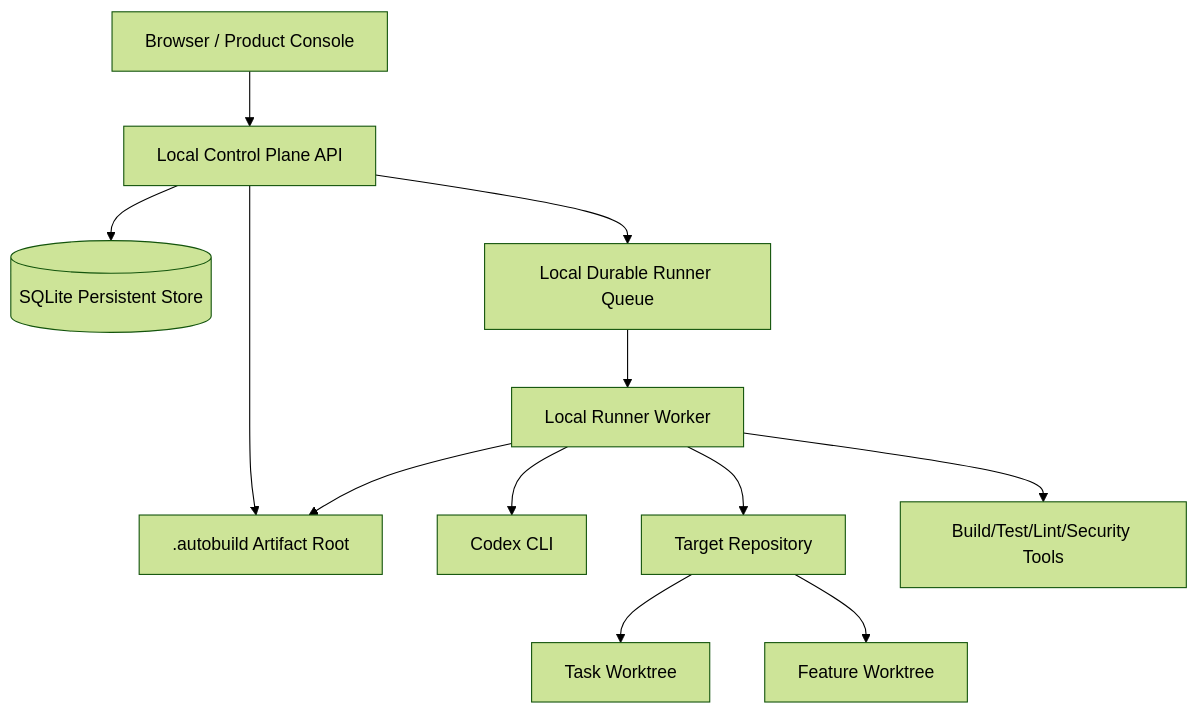
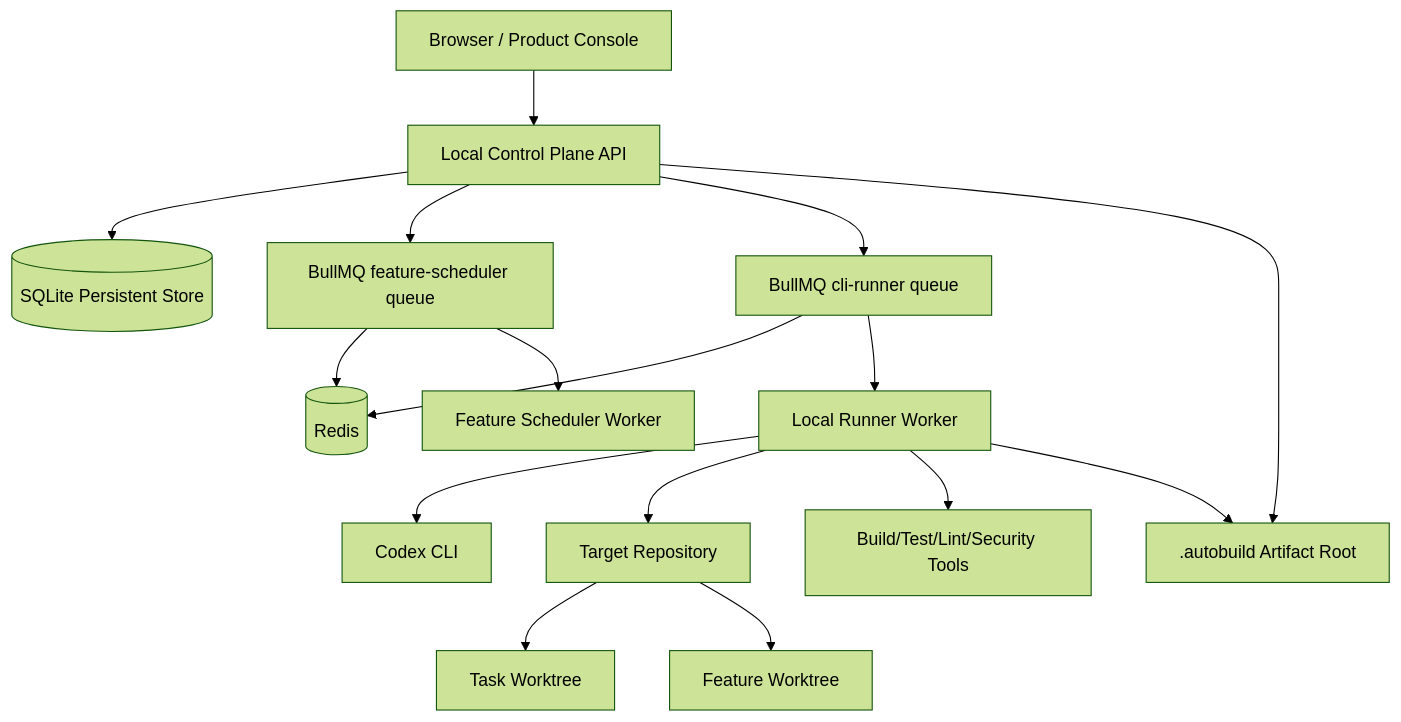
Before and after one commit to songcojp/Spec-Driven-Autonomous-Coding-System: the fifth of 5 diagrams in docs/zh-CN/hld.md, drawn with Mermaid (forest theme). The commit also changed other lines of this file and 30 other files, not shown here.

````diff
--- a/docs/zh-CN/hld.md
+++ b/docs/zh-CN/hld.md
@@ -563,14 +565,18 @@
 ```mermaid
 flowchart TB
   Browser[Browser / Product Console] --> API[Local Control Plane API]
   API --> DB[(SQLite Persistent Store)]
-  API --> Queue[Local Durable Runner Queue]
+  API --> FeatureQueue[BullMQ feature-scheduler queue]
+  API --> CliQueue[BullMQ cli-runner queue]
+  FeatureQueue --> Redis[(Redis)]
+  CliQueue --> Redis
   API --> Files[.autobuild Artifact Root]
-  Queue --> Runner[Local Runner Worker]
+  FeatureQueue --> FeatureWorker[Feature Scheduler Worker]
+  CliQueue --> Runner[Local Runner Worker]
   Runner --> Codex[Codex CLI]
   Runner --> Repo[Target Repository]
   Repo --> WT1[Task Worktree]
   Repo --> WT2[Feature Worktree]
   Runner --> Tools[Build/Test/Lint/Security Tools]
   Runner --> Files
 ```
````
